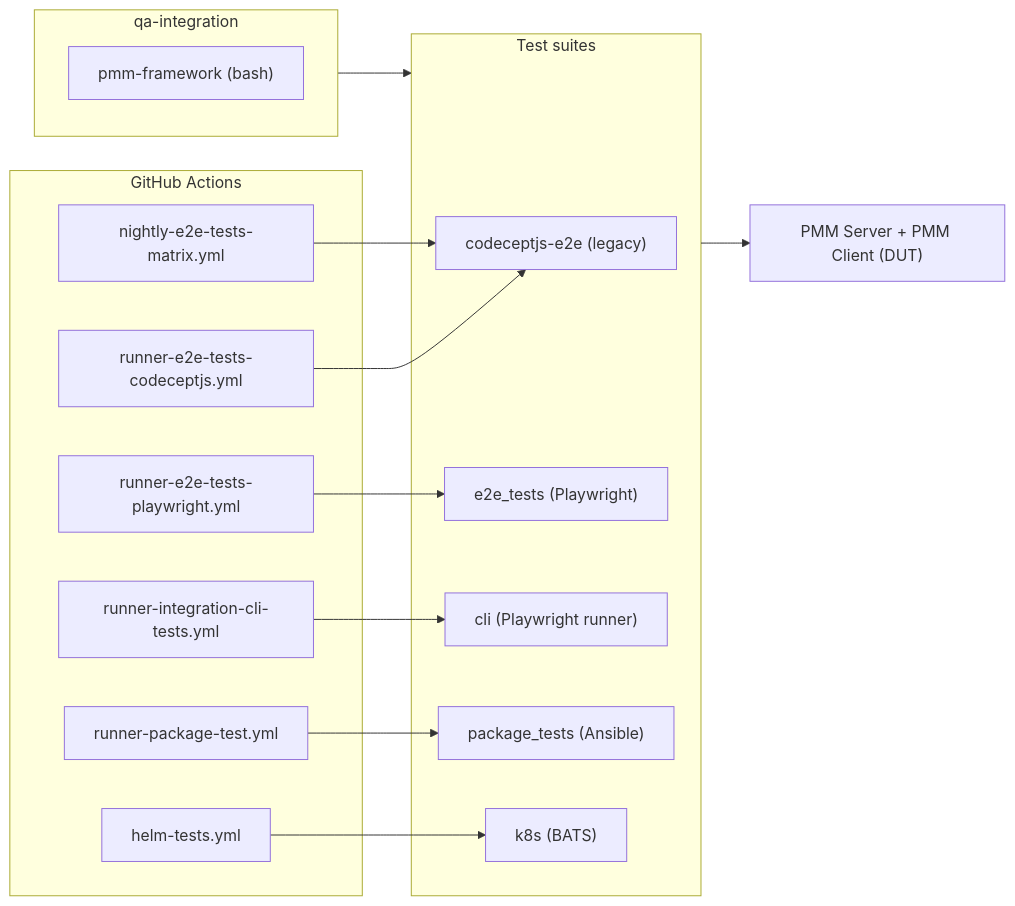
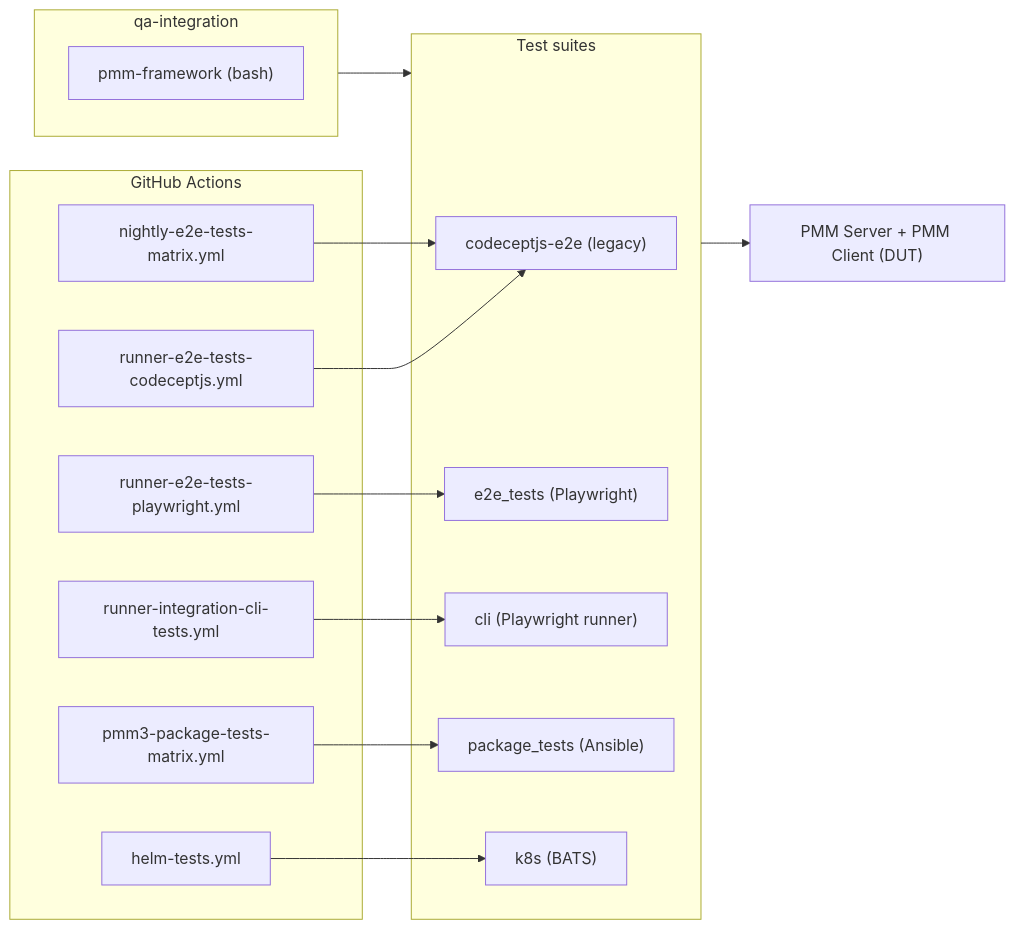
One commit to percona/pmm-qa changed the diagram in AGENTS.md. Above: the diagram before and after it, drawn with Mermaid. The commit also changed other lines of this file and 44 other files, not shown here.

Commit message:
PMM-7: New package tests pipeline using podman (#1598)

````diff
--- a/AGENTS.md
+++ b/AGENTS.md
@@ -50,32 +50,32 @@
 ```mermaid
 flowchart LR
     subgraph Drivers["GitHub Actions"]
         ghaCjs["runner-e2e-tests-codeceptjs.yml"]
         ghaPw["runner-e2e-tests-playwright.yml"]
         ghaCli["runner-integration-cli-tests.yml"]
-        ghaPkg["runner-package-test.yml"]
+        ghaPkg["pmm3-package-tests-matrix.yml"]
         ghaHelm["helm-tests.yml"]
         ghaNightly["nightly-e2e-tests-matrix.yml"]
     end
 
     subgraph Setup["qa-integration"]
         framework["pmm-framework (bash)"]
     end
 
     subgraph Suites["Test suites"]
         cjs["codeceptjs-e2e (legacy)"]
         e2e["e2e_tests (Playwright)"]
         cli["cli (Playwright runner)"]
         pkg["package_tests (Ansible)"]
         helm["k8s (BATS)"]
     end
 
     Setup --> Suites
     ghaCjs --> cjs
     ghaPw --> e2e
     ghaCli --> cli
     ghaPkg --> pkg
     ghaHelm --> helm
     ghaNightly --> cjs
     Suites --> DUT["PMM Server + PMM Client (DUT)"]
 ```
````
